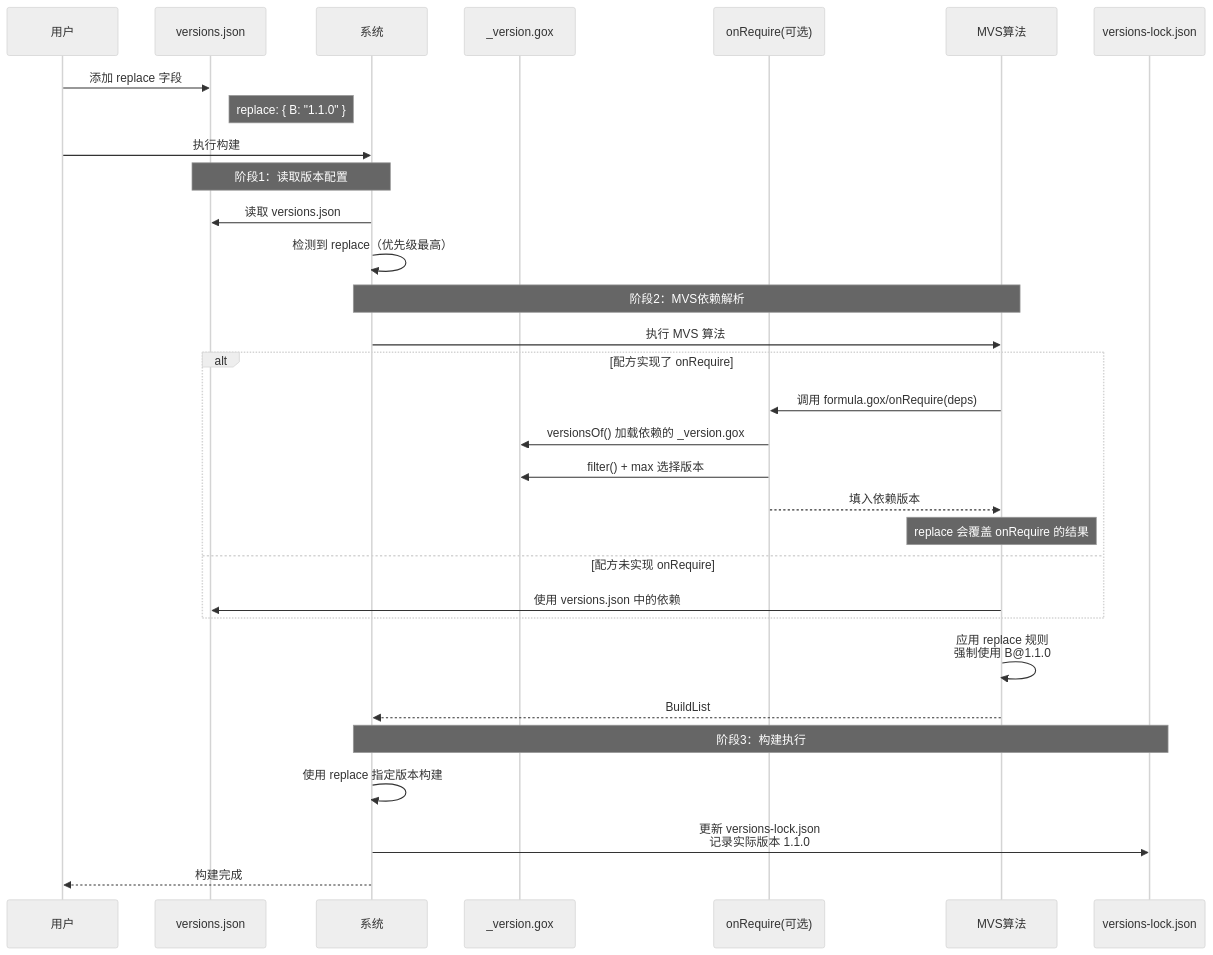
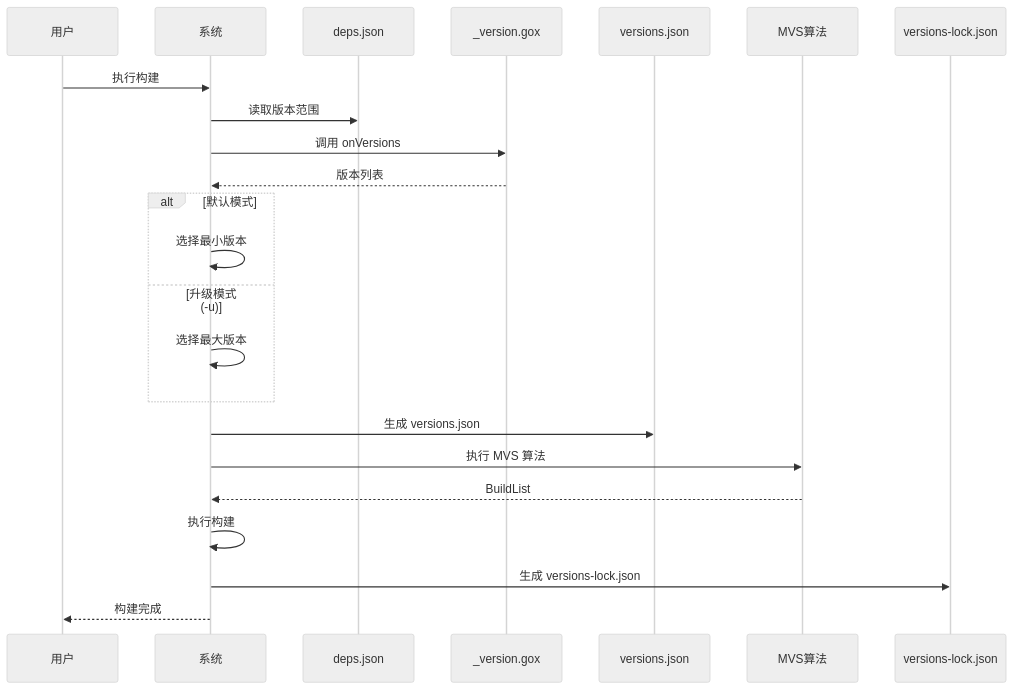
Before and after one commit to goplus/llar: diagram 11 of 17 in docs/version-management-user-stories.md, drawn with Mermaid (neutral theme). The commit also changed other lines of this file and 3 other files, not shown here.

````diff
--- a/docs/version-management-user-stories.md
+++ b/docs/version-management-user-stories.md
@@ -759,39 +661,26 @@
 ```mermaid
 sequenceDiagram
     participant U as 用户
+    participant S as 系统
+    participant D as deps.json
+    participant VF as _version.gox
     participant V as versions.json
-    participant S as 系统
-    participant VF as _version.gox
-    participant OR as onRequire(可选)
     participant MVS as MVS算法
     participant L as versions-lock.json
 
-    U->>V: 添加 replace 字段
-    Note right of V: replace: { B: "1.1.0" }
     U->>S: 执行构建
-
-    Note over S,V: 阶段1：读取版本配置
-    S->>V: 读取 versions.json
-    S->>S: 检测到 replace（优先级最高）
-
-    Note over S,MVS: 阶段2：MVS依赖解析
+    S->>D: 读取版本范围
+    S->>VF: 调用 onVersions
+    VF-->>S: 版本列表
+    alt 默认模式
+        S->>S: 选择最小版本
+    else 升级模式 (-u)
+        S->>S: 选择最大版本
+    end
+    S->>V: 生成 versions.json
     S->>MVS: 执行 MVS 算法
-
-    alt 配方实现了 onRequire
-        MVS->>OR: 调用 formula.gox/onRequire(deps)
-        OR->>VF: versionsOf() 加载依赖的 _version.gox
-        OR->>VF: filter() + max 选择版本
-        OR-->>MVS: 填入依赖版本
-        Note over MVS: replace 会覆盖 onRequire 的结果
-    else 配方未实现 onRequire
-        MVS->>V: 使用 versions.json 中的依赖
-    end
-
-    MVS->>MVS: 应用 replace 规则<br/>强制使用 B@1.1.0
     MVS-->>S: BuildList
-
-    Note over S,L: 阶段3：构建执行
-    S->>S: 使用 replace 指定版本构建
-    S->>L: 更新 versions-lock.json<br/>记录实际版本 1.1.0
+    S->>S: 执行构建
+    S->>L: 生成 versions-lock.json
     S-->>U: 构建完成
 ```
````
